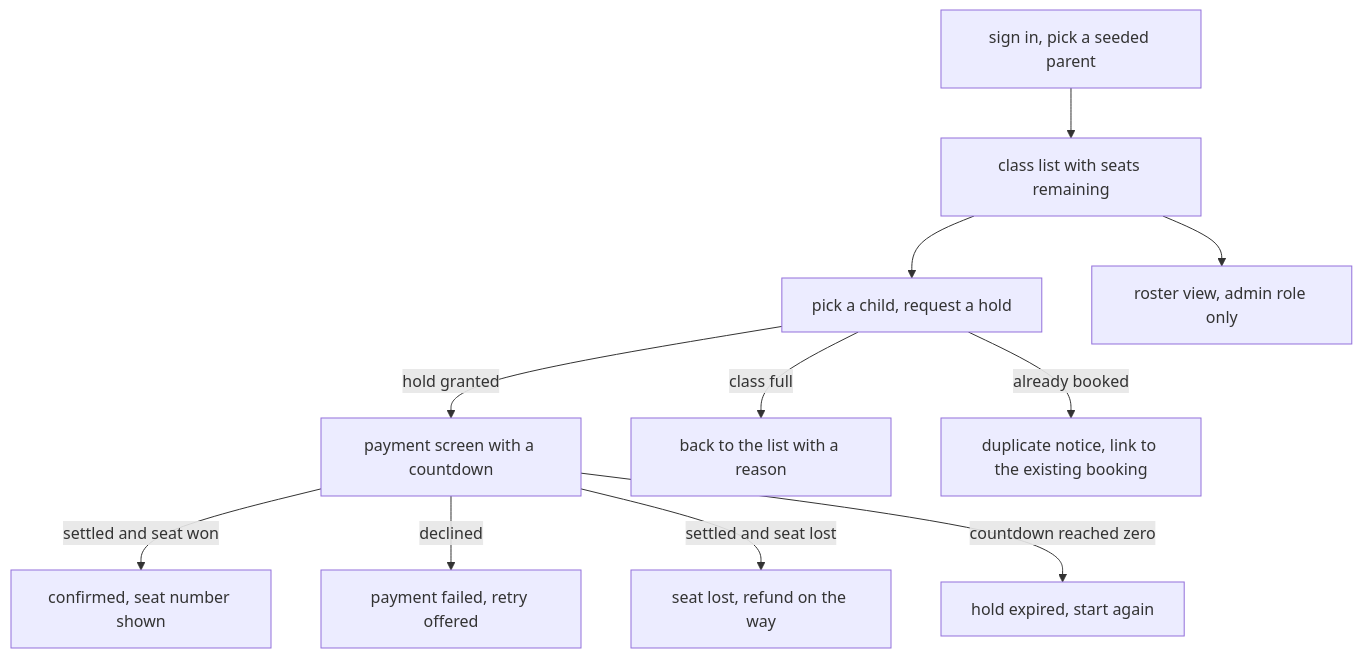
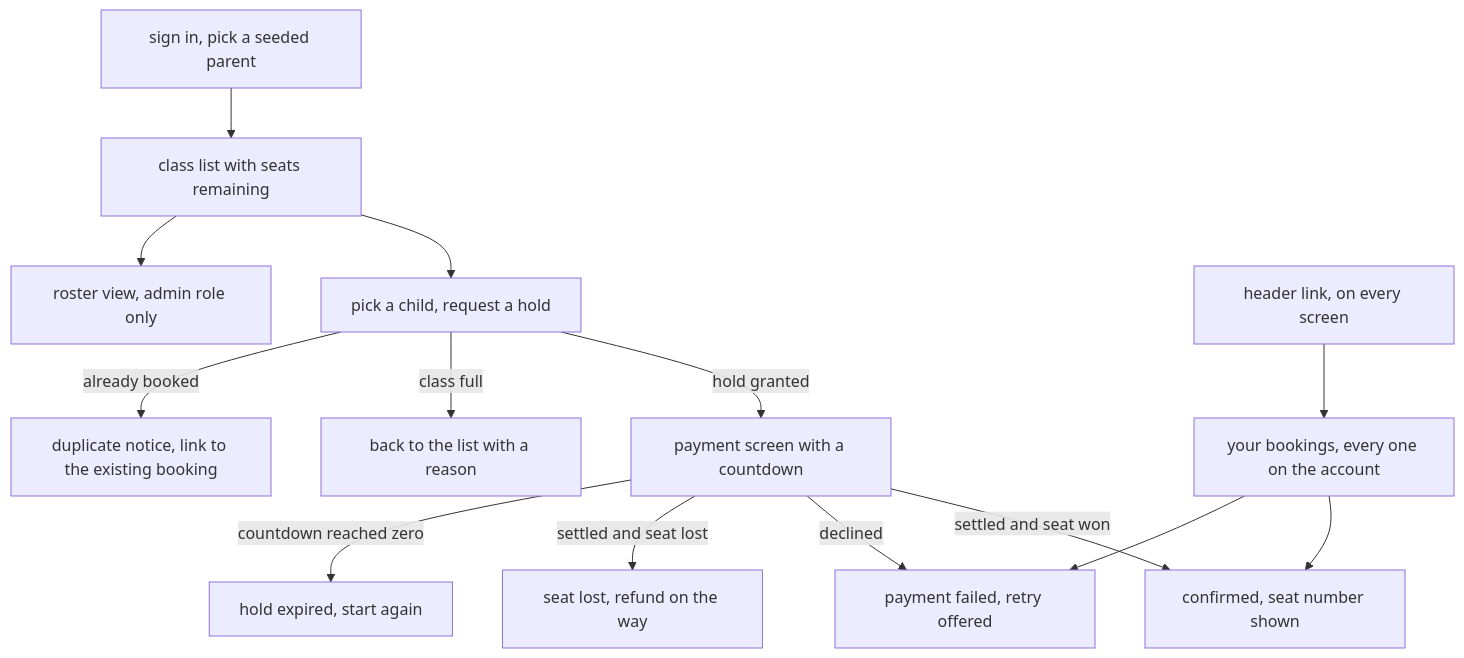
The third of 6 diagrams in frontend/HLD.md (prothegee/ottodot-trial-booking_seat), drawn with Mermaid before and after one commit. The commit also changed other lines of this file, not shown here.

````diff
--- a/frontend/HLD.md
+++ b/frontend/HLD.md
@@ -79,13 +84,16 @@
 ```mermaid
 flowchart TD
     signin[sign in, pick a seeded parent] --> list[class list with seats remaining]
     list --> book[pick a child, request a hold]
     book -->|hold granted| pay[payment screen with a countdown]
     book -->|class full| listfull[back to the list with a reason]
     book -->|already booked| dup[duplicate notice, link to the existing booking]
     pay -->|settled and seat won| ok[confirmed, seat number shown]
     pay -->|declined| failed[payment failed, retry offered]
     pay -->|settled and seat lost| refund[seat lost, refund on the way]
     pay -->|countdown reached zero| expired[hold expired, start again]
     list --> roster[roster view, admin role only]
+    header[header link, on every screen] --> mine[your bookings, every one on the account]
+    mine --> ok
+    mine --> failed
 ```
````
